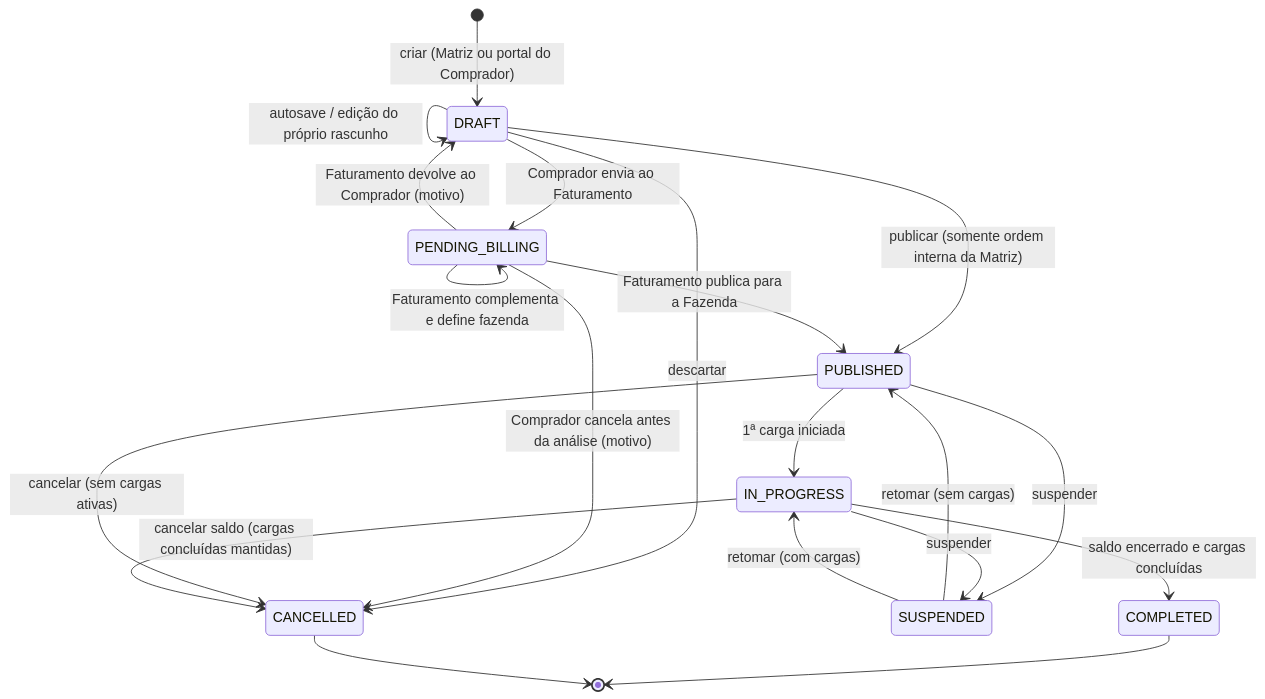
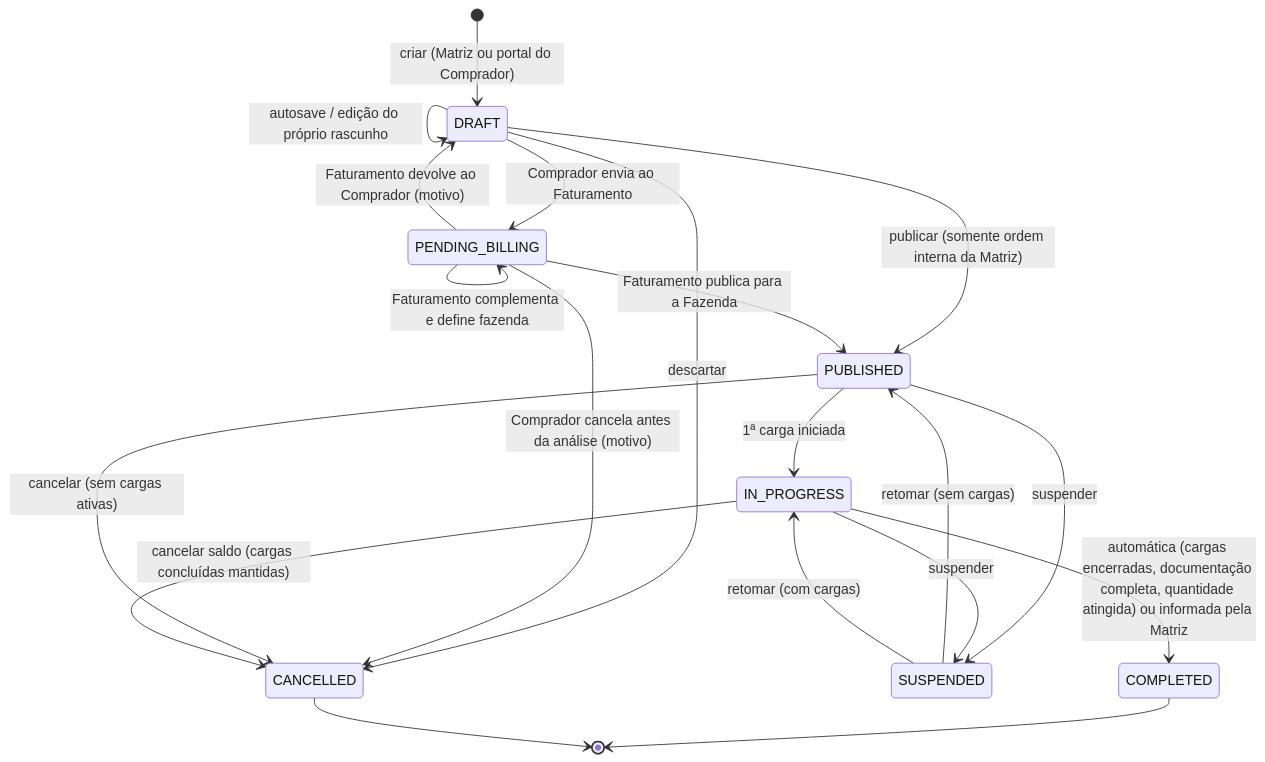
Before and after one commit to antoniocavali/Ordens_2.0: the first of 3 diagrams in docs/state-machines.md, drawn with Mermaid. The commit also changed other lines of this file and 29 other files, not shown here.

````diff
--- a/docs/state-machines.md
+++ b/docs/state-machines.md
@@ -7,22 +7,22 @@
 ```mermaid
 stateDiagram-v2
   [*] --> DRAFT: criar (Matriz ou portal do Comprador)
   DRAFT --> DRAFT: autosave / edição do próprio rascunho
   DRAFT --> PENDING_BILLING: Comprador envia ao Faturamento
   DRAFT --> PUBLISHED: publicar (somente ordem interna da Matriz)
   DRAFT --> CANCELLED: descartar
   PENDING_BILLING --> PENDING_BILLING: Faturamento complementa e define fazenda
   PENDING_BILLING --> PUBLISHED: Faturamento publica para a Fazenda
   PENDING_BILLING --> DRAFT: Faturamento devolve ao Comprador (motivo)
   PENDING_BILLING --> CANCELLED: Comprador cancela antes da análise (motivo)
   PUBLISHED --> IN_PROGRESS: 1ª carga iniciada
   PUBLISHED --> SUSPENDED: suspender
   IN_PROGRESS --> SUSPENDED: suspender
   SUSPENDED --> PUBLISHED: retomar (sem cargas)
   SUSPENDED --> IN_PROGRESS: retomar (com cargas)
   PUBLISHED --> CANCELLED: cancelar (sem cargas ativas)
-  IN_PROGRESS --> COMPLETED: saldo encerrado e cargas concluídas
+  IN_PROGRESS --> COMPLETED: automática (cargas encerradas, documentação completa, quantidade atingida) ou informada pela Matriz
   IN_PROGRESS --> CANCELLED: cancelar saldo (cargas concluídas mantidas)
   COMPLETED --> [*]
   CANCELLED --> [*]
 ```
````
